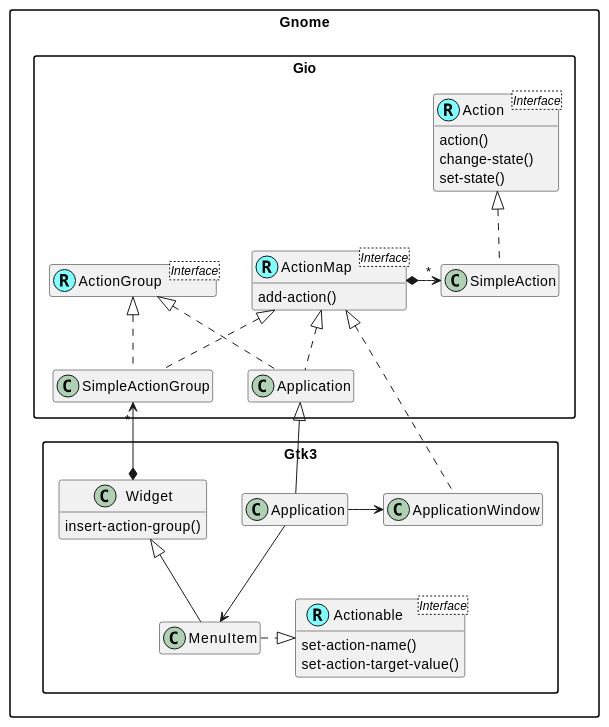
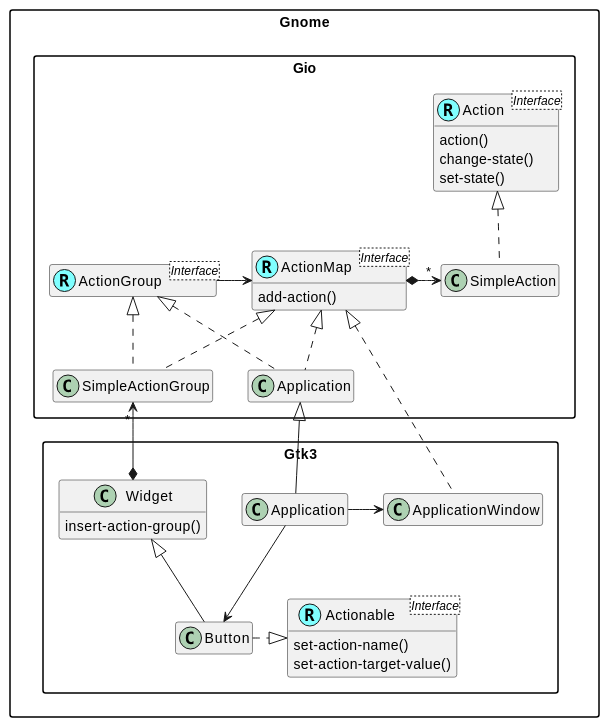
The diagram in docs/content-docs/design/actions.md (MARTIMM/gnome-gtk3), drawn with PlantUML before and after one commit. The commit also changed other lines of this file and 3 other files, not shown here.

````diff
--- a/docs/content-docs/design/actions.md
+++ b/docs/content-docs/design/actions.md
@@ -20,55 +20,56 @@
 ```plantuml
 
 skinparam packageStyle rectangle
 skinparam stereotypeCBackgroundColor #80ffff
 set namespaceSeparator ::
 hide empty members
 
 'Classes and interfaces
 Interface Gnome::Gtk3::Actionable <Interface>
 class Gnome::Gtk3::Actionable <<(R,#80ffff)>> {
   set-action-name()
   set-action-target-value()
 }
 
 Interface Gnome::Gio::Action <Interface>
 class Gnome::Gio::Action <<(R,#80ffff)>> {
   action()
   change-state()
   set-state()
 }
 
 Interface Gnome::Gio::ActionMap <Interface>
 class Gnome::Gio::ActionMap <<(R,#80ffff)>> {
   add-action()
 }
 
 Interface Gnome::Gio::ActionGroup <Interface>
 class Gnome::Gio::ActionGroup <<(R,#80ffff)>>
 
 class Gnome::Gtk3::Widget {
   insert-action-group()
 }
 
 'Connections
 Gnome::Gio::Application <|-- Gnome::Gtk3::Application
 Gnome::Gio::ActionMap <|.. Gnome::Gio::Application
 
 Gnome::Gtk3::Application -> Gnome::Gtk3::ApplicationWindow
 Gnome::Gio::ActionMap <|.. Gnome::Gtk3::ApplicationWindow
 
 
 Gnome::Gio::Action <|.. Gnome::Gio::SimpleAction
 
 Gnome::Gio::ActionMap *-> "*" Gnome::Gio::SimpleAction
 
 Gnome::Gio::ActionGroup <|.. Gnome::Gio::SimpleActionGroup
 Gnome::Gio::ActionMap <|.. Gnome::Gio::SimpleActionGroup
 
 Gnome::Gio::ActionGroup <|.. Gnome::Gio::Application
+Gnome::Gio::ActionGroup -> Gnome::Gio::ActionMap
 
-Gnome::Gtk3::Application --> Gnome::Gtk3::MenuItem
-Gnome::Gtk3::MenuItem .|> Gnome::Gtk3::Actionable
-Gnome::Gtk3::Widget <|-- Gnome::Gtk3::MenuItem
+Gnome::Gtk3::Application --> Gnome::Gtk3::Button
+Gnome::Gtk3::Button .|> Gnome::Gtk3::Actionable
+Gnome::Gtk3::Widget <|-- Gnome::Gtk3::Button
 Gnome::Gio::SimpleActionGroup "*" <--* Gnome::Gtk3::Widget
 ```
````
